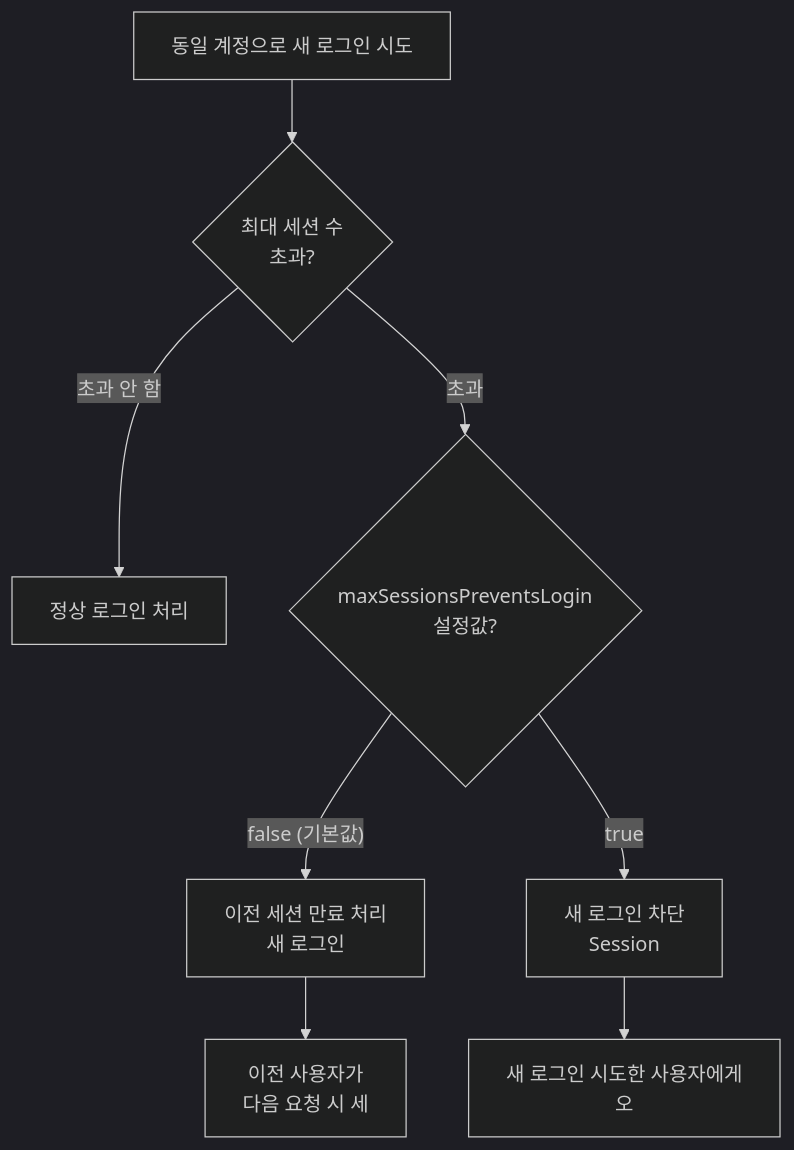
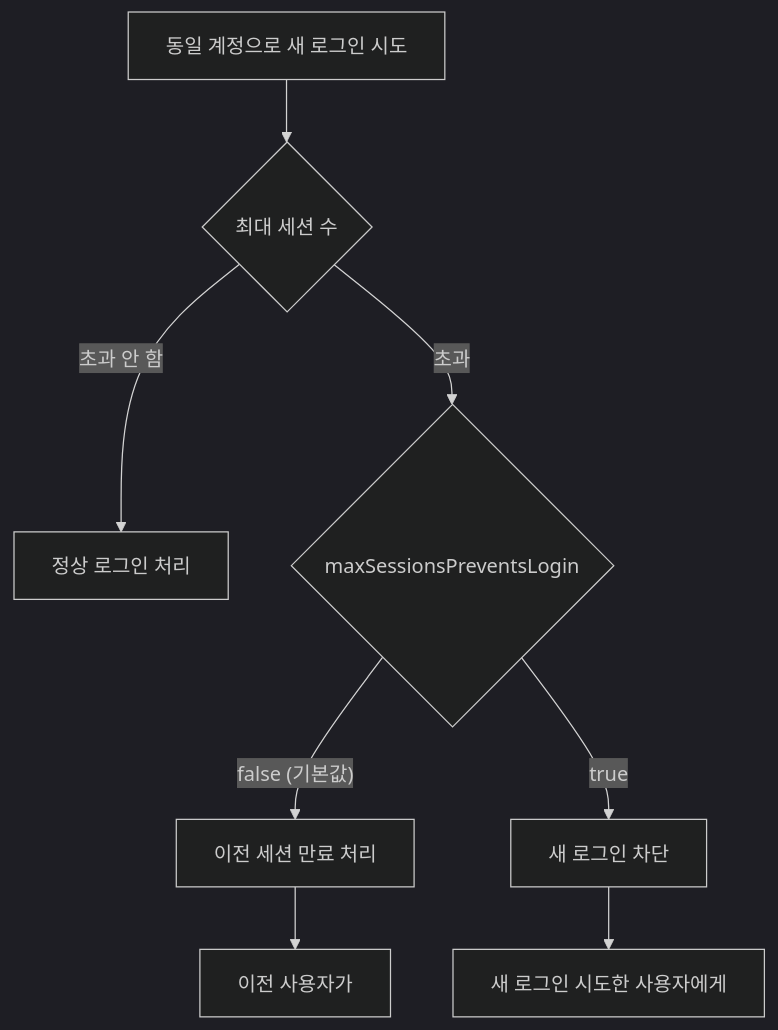
One commit to yjkim2015/yjkim2015.github.io changed the first of 2 diagrams in _posts/security/2021-02-02-동시 세션제어.md. Above: the diagram before and after it, drawn with Mermaid (dark theme). The commit also changed 217 other files, not shown here.

First line of the commit message:
Mermaid 크기 수정: useMaxWidth:true + SVG max-width:100% + 라벨 축소

````diff
--- a/_posts/security/2021-02-02-동시 세션제어.md
+++ b/_posts/security/2021-02-02-동시 세션제어.md
@@ -22,10 +22,10 @@
 ```mermaid
 flowchart TD
-    A["동일 계정으로 새 로그인 시도"] --> B{"최대 세션 수\n초과?"}
+    A["동일 계정으로 새 로그인 시도"] --> B{"최대 세션 수"}
     B -- "초과 안 함" --> C["정상 로그인 처리"]
-    B -- "초과" --> D{"maxSessionsPreventsLogin\n설정값?"}
-    D -- "false (기본값)" --> E["이전 세션 만료 처리\n새 로그인"]
-    D -- "true" --> F["새 로그인 차단\n Session"]
-    E --> G["이전 사용자가\n다음 요청 시 세"]
-    F --> H["새 로그인 시도한 사용자에게\n오"]
+    B -- "초과" --> D{"maxSessionsPreventsLogin"}
+    D -- "false (기본값)" --> E["이전 세션 만료 처리"]
+    D -- "true" --> F["새 로그인 차단"]
+    E --> G["이전 사용자가"]
+    F --> H["새 로그인 시도한 사용자에게"]
 ```
````
